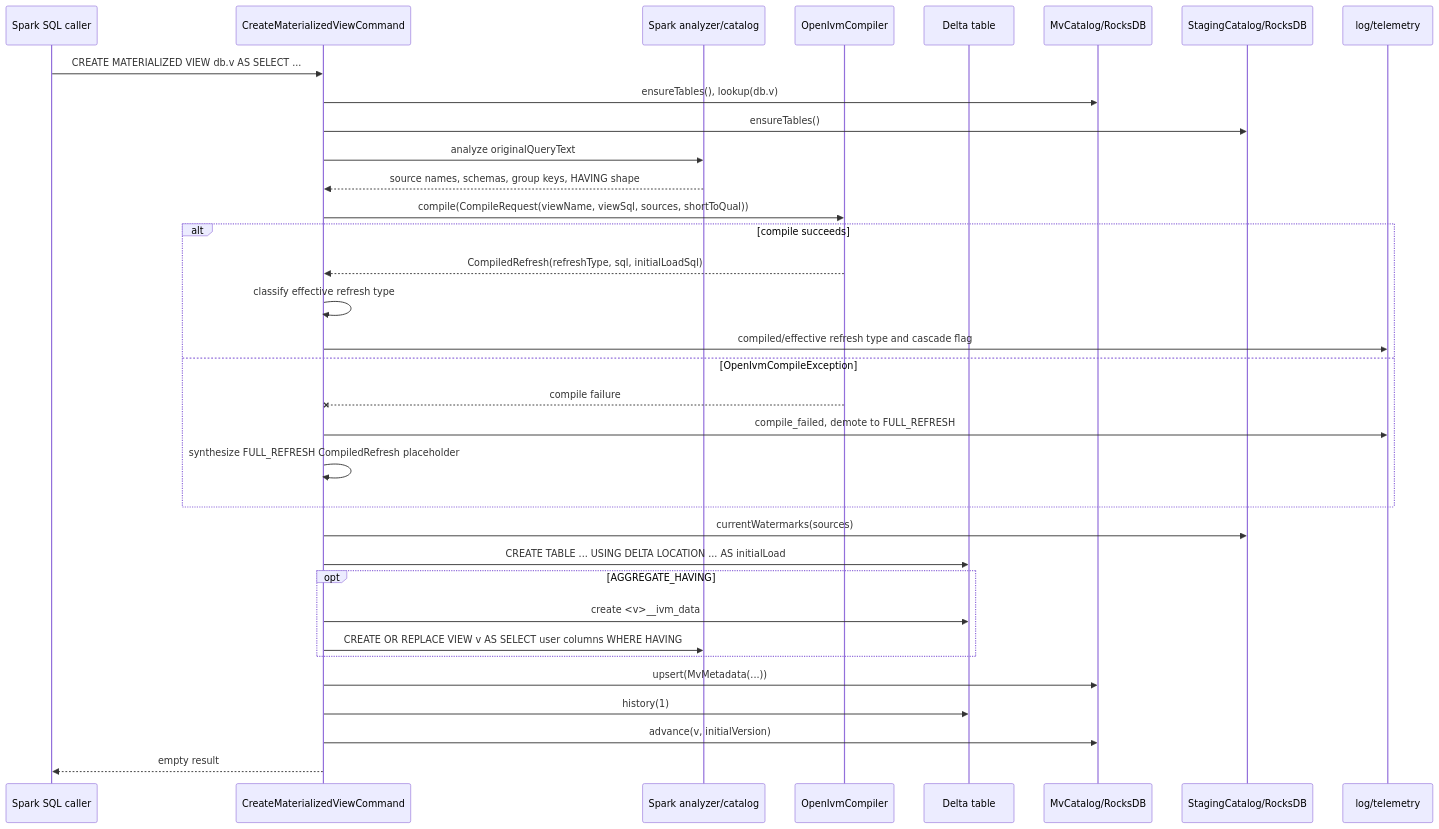
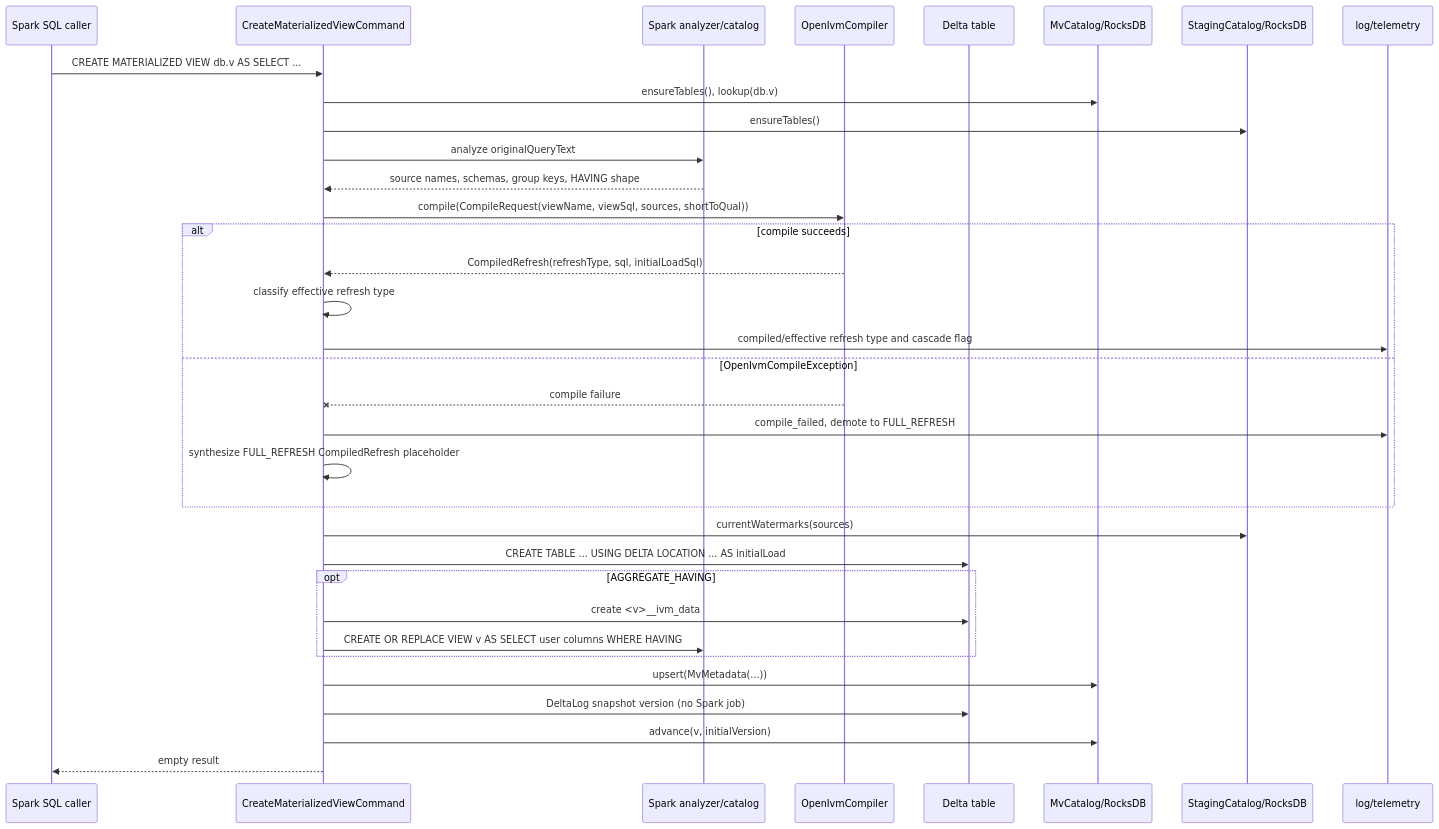
The first of 4 diagrams in docs/architecture/openivm-spark/8-mv-lifecycle-create-refresh-drop.md (mdrakiburrahman/openivm-spark), drawn with Mermaid before and after one commit. The commit also changed 13 other files, not shown here.

````diff
--- a/docs/architecture/openivm-spark/8-mv-lifecycle-create-refresh-drop.md
+++ b/docs/architecture/openivm-spark/8-mv-lifecycle-create-refresh-drop.md
@@ -376,36 +376,36 @@
 ```mermaid
 sequenceDiagram
     participant Caller as Spark SQL caller
     participant Cmd as CreateMaterializedViewCommand
     participant Spark as Spark analyzer/catalog
     participant Compiler as OpenIvmCompiler
     participant Delta as Delta table
     participant MvCat as MvCatalog/RocksDB
     participant Stage as StagingCatalog/RocksDB
     participant Log as log/telemetry
     Caller->>Cmd: CREATE MATERIALIZED VIEW db.v AS SELECT ...
     Cmd->>MvCat: ensureTables(), lookup(db.v)
     Cmd->>Stage: ensureTables()
     Cmd->>Spark: analyze originalQueryText
     Spark-->>Cmd: source names, schemas, group keys, HAVING shape
     Cmd->>Compiler: compile(CompileRequest(viewName, viewSql, sources, shortToQual))
     alt compile succeeds
         Compiler-->>Cmd: CompiledRefresh(refreshType, sql, initialLoadSql)
         Cmd->>Cmd: classify effective refresh type
         Cmd->>Log: compiled/effective refresh type and cascade flag
     else OpenIvmCompileException
         Compiler--xCmd: compile failure
         Cmd->>Log: compile_failed, demote to FULL_REFRESH
         Cmd->>Cmd: synthesize FULL_REFRESH CompiledRefresh placeholder
     end
     Cmd->>Stage: currentWatermarks(sources)
     Cmd->>Delta: CREATE TABLE ... USING DELTA LOCATION ... AS initialLoad
     opt AGGREGATE_HAVING
         Cmd->>Delta: create <v>__ivm_data
         Cmd->>Spark: CREATE OR REPLACE VIEW v AS SELECT user columns WHERE HAVING
     end
     Cmd->>MvCat: upsert(MvMetadata(...))
-    Cmd->>Delta: history(1)
+    Cmd->>Delta: DeltaLog snapshot version (no Spark job)
     Cmd->>MvCat: advance(v, initialVersion)
     Cmd-->>Caller: empty result
 ```
````
